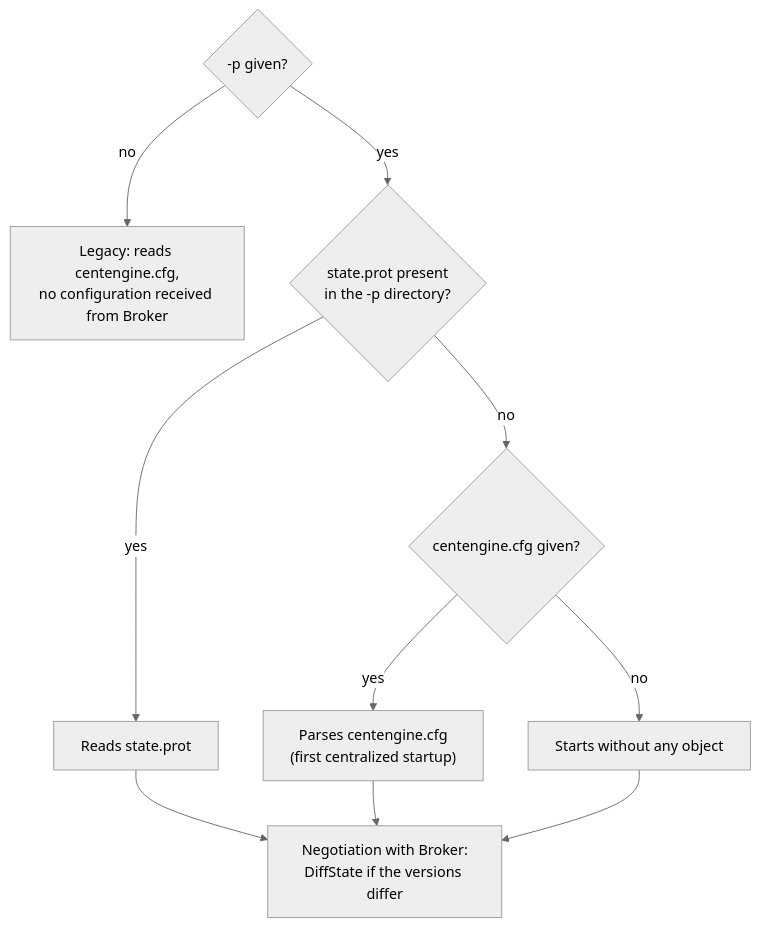
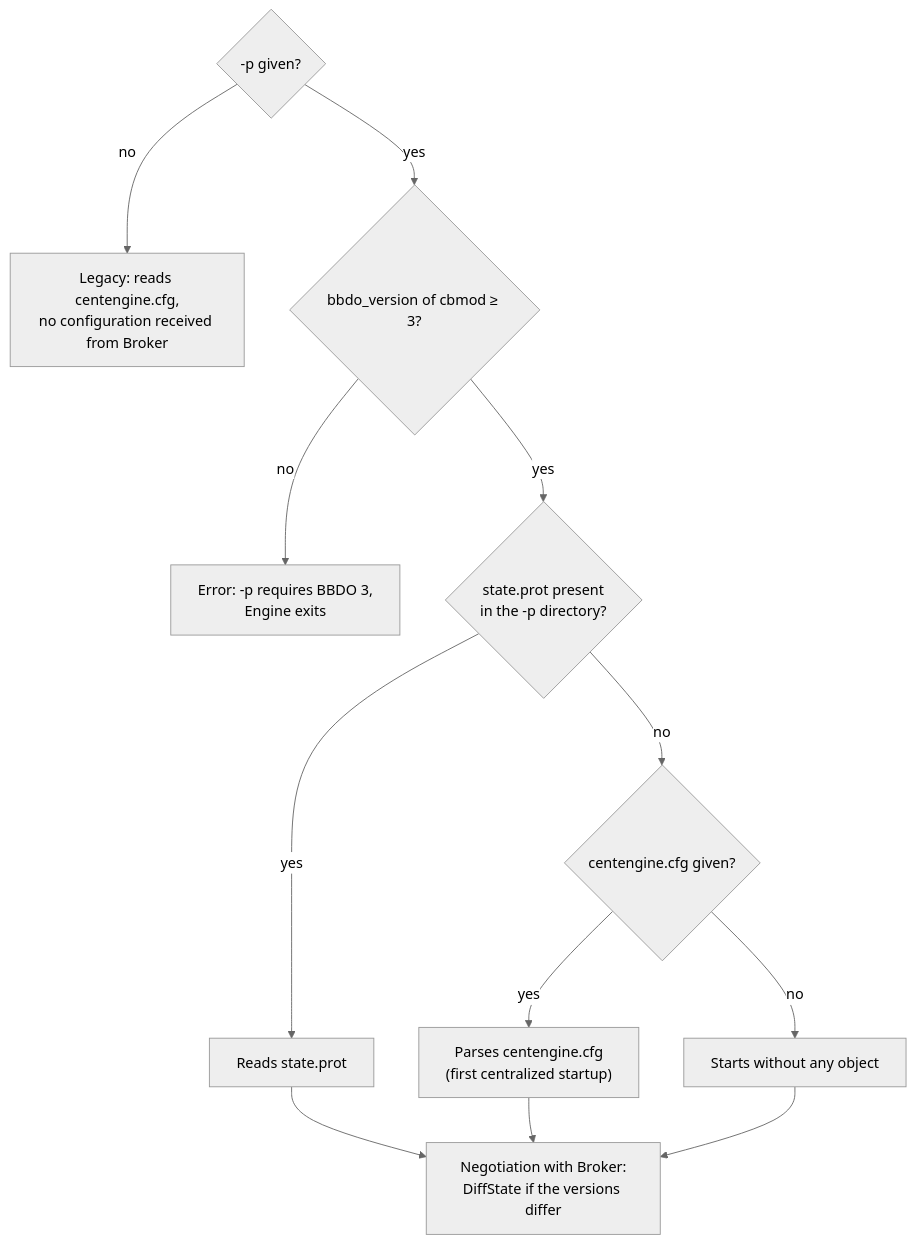
The first of 50 diagrams in doc/nego-engine-broker-en.md (centreon/centreon-collect), drawn with Mermaid (neutral theme) before and after one commit. The commit also changed other lines of this file and 1 other file, not shown here.

Commit message:
chore(doc): nego-engine-broker updated

````diff
--- a/doc/nego-engine-broker-en.md
+++ b/doc/nego-engine-broker-en.md
@@ -299,12 +301,14 @@
 ```mermaid
 flowchart TD
     A{"-p given?"} -- no --> L["Legacy: reads centengine.cfg,<br/>no configuration received from Broker"]
-    A -- yes --> B{"state.prot present<br/>in the -p directory?"}
+    A -- yes --> V{"bbdo_version of cbmod ≥ 3?"}
+    V -- no --> X["Error: -p requires BBDO 3,<br/>Engine exits"]
+    V -- yes --> B{"state.prot present<br/>in the -p directory?"}
     B -- yes --> S["Reads state.prot"]
     B -- no --> C{"centengine.cfg given?"}
     C -- yes --> P["Parses centengine.cfg<br/>(first centralized startup)"]
     C -- no --> E["Starts without any object"]
     S --> N["Negotiation with Broker:<br/>DiffState if the versions differ"]
     P --> N
     E --> N
 ```
````
